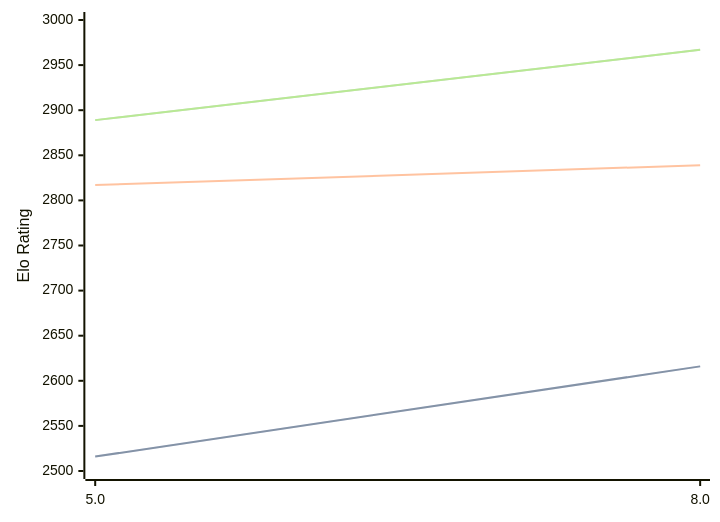
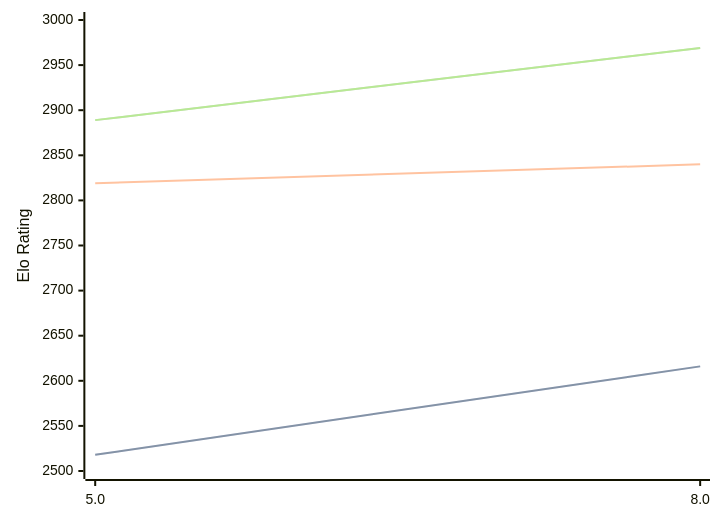
The diagram in engines/4kc.md (computer-chess-index/cci), drawn with Mermaid before and after one commit. The commit also changed other lines of this file, not shown here.

Commit message:
Update CCI Ratings (ELO VLTC) - 2026-04-13

````diff
--- a/engines/4kc.md
+++ b/engines/4kc.md
@@ -41,11 +41,11 @@
 ```mermaid
 %%{init: {"theme":"base","themeVariables":{"seriesColors:['#a3a3a3','#222221','#faa371']}}}%%
 xychart-beta
   x-axis ["5.0", "8.0"]
   y-axis "Elo Rating" 2500 --> 3000
-  line "STC (8.0+0.08s)" [2516, 2616]
-  line "STC (8.0+0.08s)" [2516, 2616]
-  line "LTC (60.0+0.60s)" [2817, 2839]
-  line "VLTC (2m24s+1.12s)" [2889, 2967]
-  line "VLTC (2m24s+1.12s)" [2889, 2967]
+  line "STC (8.0+0.08s)" [2518, 2616]
+  line "STC (8.0+0.08s)" [2518, 2616]
+  line "LTC (60.0+0.60s)" [2819, 2840]
+  line "VLTC (2m24s+1.12s)" [2889, 2969]
+  line "VLTC (2m24s+1.12s)" [2889, 2969]
 ```
````
